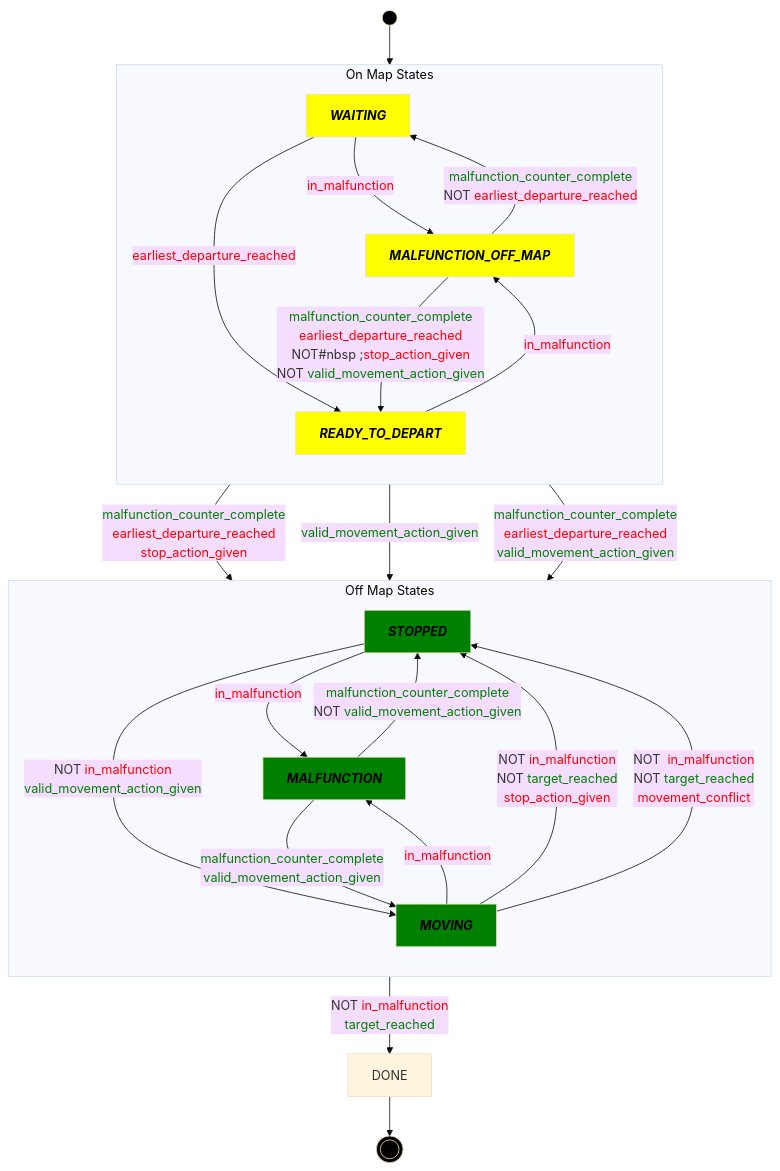
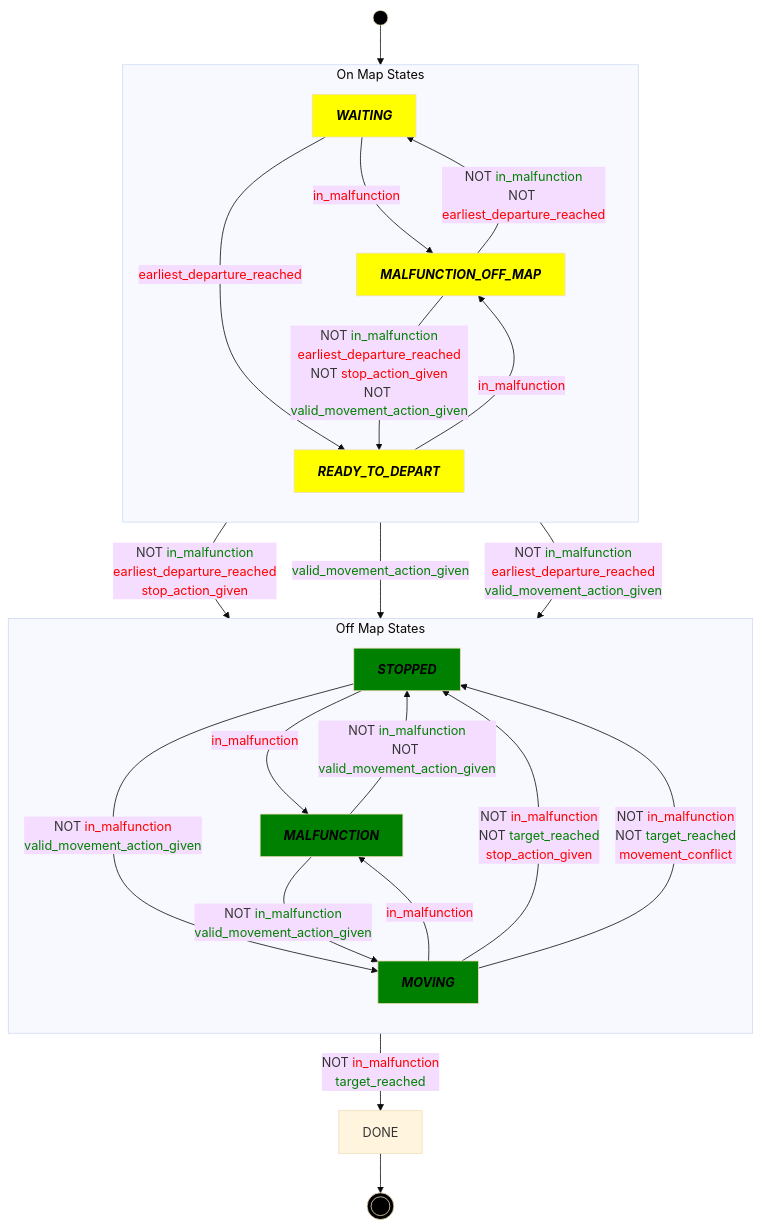
Before and after one commit to flatland-association/flatland-book: the first of 2 diagrams in environment/state_machine.md, drawn with Mermaid. The commit also changed other lines of this file, not shown here.

Commit message:
Fix rendering.

````diff
--- a/environment/state_machine.md
+++ b/environment/state_machine.md
@@ -11,46 +11,46 @@
 ```{mermaid}
 %%{ init: { 'theme': 'base', 'themeVariables': { 'background': '#f4f4f4' } } }%%
 graph TB
     START(("&nbsp;")) --> WAITING
-    MALFUNCTION_OFF_MAP -- <font color = green>malfunction_counter_complete</font><br/><font color = red>earliest_departure_reached</font><br/><font color = red>stop_action_given</font> --> STOPPED
+    MALFUNCTION_OFF_MAP -- NOT <font color = green>in_malfunction</font><br/><font color = red>earliest_departure_reached</font><br/><font color = red>stop_action_given</font> --> STOPPED
     READY_TO_DEPART -- <font color = red>in_malfunction</font> --> MALFUNCTION_OFF_MAP
     READY_TO_DEPART -- <font color = green>valid_movement_action_given</font> --> MOVING
-    MALFUNCTION_OFF_MAP -- <font color = green>malfunction_counter_complete</font><br/><font color = red>earliest_departure_reached</font><br/><font color = green>valid_movement_action_given</font> --> MOVING
-    MOVING  --NOT#nbsp;<font color=red>in_malfunction</font><br/><font color=green>target_reached</font>-->  DONE
+    MALFUNCTION_OFF_MAP -- NOT <font color = green>in_malfunction</font><br/><font color = red>earliest_departure_reached</font><br/><font color = green>valid_movement_action_given</font> --> MOVING
+    MOVING  -- NOT <font color=red>in_malfunction</font><br/><font color=green>target_reached</font> -->  DONE
 DONE --> END((("&nbsp;")))
 subgraph On Map States
 direction TB
 WAITING -- <font color = red>in_malfunction</font> --> MALFUNCTION_OFF_MAP
 WAITING -- <font color = red>earliest_departure_reached</font> --> READY_TO_DEPART
 
-MALFUNCTION_OFF_MAP  -- <font color = green>malfunction_counter_complete</font><br/><font color = red>earliest_departure_reached</font><br/>NOT#nbsp ;<font color = red>stop_action_given</font><br/>NOT#nbsp;<font color = green>valid_movement_action_given</font> -->  READY_TO_DEPART
-MALFUNCTION_OFF_MAP  -- <font color = green>malfunction_counter_complete</font><br/>NOT#nbsp;<font color = red>earliest_departure_reached</font> --> WAITING
+MALFUNCTION_OFF_MAP  -- NOT <font color = green>in_malfunction</font><br/><font color = red>earliest_departure_reached</font><br/>NOT <font color = red>stop_action_given</font><br/>NOT <font color = green>valid_movement_action_given</font> -->  READY_TO_DEPART
+MALFUNCTION_OFF_MAP  -- NOT <font color = green>in_malfunction</font><br/>NOT <font color = red>earliest_departure_reached</font> --> WAITING
 end
 
 
 subgraph Off Map States
 direction TB
 MOVING  --<font color = red>in_malfunction</font> --> MALFUNCTION
 
-MOVING  --NOT#nbsp;<font color = red>in_malfunction</font><br/>NOT#nbsp;<font color =green>target_reached</font><br/><font color = red>stop_action_given</font> --> STOPPED
-MOVING  -- NOT#nbsp; <font color = red>in_malfunction</font><br/>NOT#nbsp;<font color = green>target_reached</font><br/><font color = red>movement_conflict</font> --> STOPPED
+MOVING  --NOT <font color = red>in_malfunction</font><br/>NOT <font color =green>target_reached</font><br/><font color = red>stop_action_given</font> --> STOPPED
+MOVING  -- NOT  <font color = red>in_malfunction</font><br/>NOT <font color = green>target_reached</font><br/><font color = red>movement_conflict</font> --> STOPPED
 STOPPED  -- <font color= red>in_malfunction</font> --> MALFUNCTION
-STOPPED  -- NOT#nbsp;<font color = red>in_malfunction</font><br/><font color = green>valid_movement_action_given</font> --> MOVING
-MALFUNCTION  -- <font color = green>malfunction_counter_complete</font><br/><font color = green>valid_movement_action_given</font> --> MOVING
-MALFUNCTION  -- <font color = green>malfunction_counter_complete</font><br/>NOT#nbsp;<font color= green>valid_movement_action_given</font> --> STOPPED
+STOPPED  -- NOT <font color = red>in_malfunction</font><br/><font color = green>valid_movement_action_given</font> --> MOVING
+MALFUNCTION  -- NOT <font color = green>in_malfunction</font><br/><font color = green>valid_movement_action_given</font> --> MOVING
+MALFUNCTION  -- NOT <font color = green>in_malfunction</font><br/>NOT <font color= green>valid_movement_action_given</font> --> STOPPED
 end
 
 START:::StartState
 WAITING:::OffMapState
 READY_TO_DEPART:::OffMapState
 MALFUNCTION_OFF_MAP:::OffMapState
 MOVING:::OnMapState
 STOPPED:::OnMapState
 MALFUNCTION:::OnMapState
 END:::EndState
 
 classDef OffMapState font-style: italic, font-weight: bold, fill: yellow, color: black
 classDef OnMapState font-style: italic, font-weight: bold, fill: green, color: black
 classDef StartState font-style: italic, font-weight: bold, fill: black, color: black
 classDef EndState font-style: italic, font-weight: bold, fill: black, color: black
 ```
````
